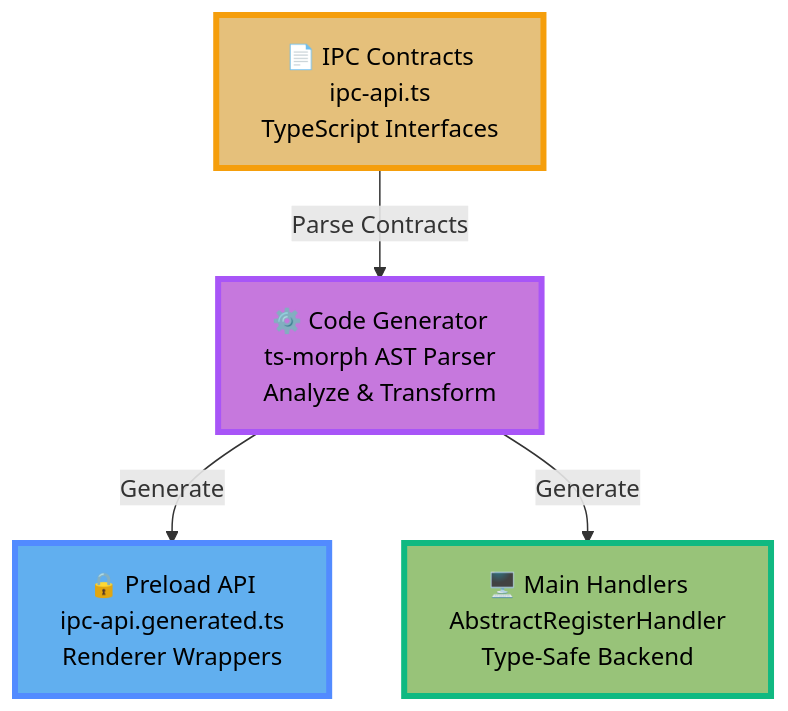
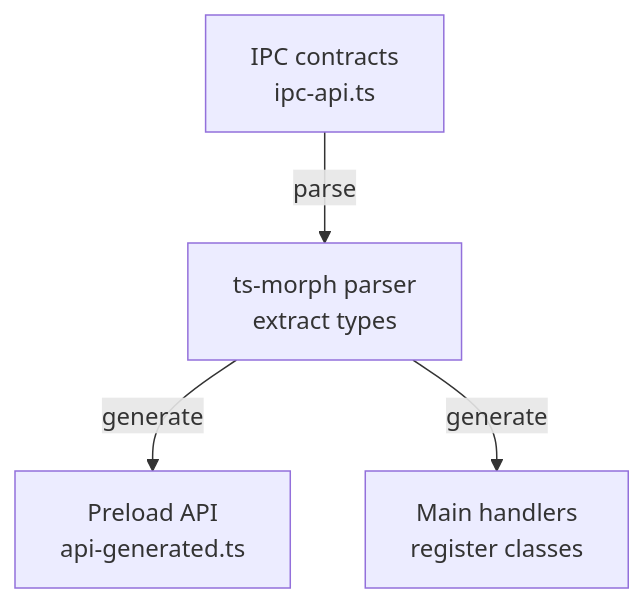
One commit to Michael--/electron-ipc changed the third of 5 diagrams in docs-site/guide/architecture.md. Above: the diagram before and after it, drawn with Mermaid. The commit also changed other lines of this file and 8 other files, not shown here.

First line of the commit message:
docs: add and fix mermaid diagrams across docs

````diff
--- a/docs-site/guide/architecture.md
+++ b/docs-site/guide/architecture.md
@@ -67,27 +99,11 @@
 ```mermaid
 flowchart TB
-    A["📄 IPC Contracts
-    ipc-api.ts
-    TypeScript Interfaces"]
+    A["IPC contracts<br/>ipc-api.ts"]
+    B["ts-morph parser<br/>extract types"]
+    C["Preload API<br/>api-generated.ts"]
+    D["Main handlers<br/>register classes"]
 
-    B["⚙️ Code Generator
-    ts-morph AST Parser
-    Analyze & Transform"]
-
-    C["🔒 Preload API
-    ipc-api.generated.ts
-    Renderer Wrappers"]
-
-    D["🖥️ Main Handlers
-    AbstractRegisterHandler
-    Type-Safe Backend"]
-
-    A -->|"Parse Contracts"| B
-    B -->|"Generate"| C
-    B -->|"Generate"| D
-
-    style A fill:#e5c07b,stroke:#f59e0b,stroke-width:4px,color:#000
-    style B fill:#c678dd,stroke:#a855f7,stroke-width:4px,color:#000
-    style C fill:#61afef,stroke:#528bff,stroke-width:4px,color:#000
-    style D fill:#98c379,stroke:#10b981,stroke-width:4px,color:#000
+    A -->|parse| B
+    B -->|generate| C
+    B -->|generate| D
 ```
````
